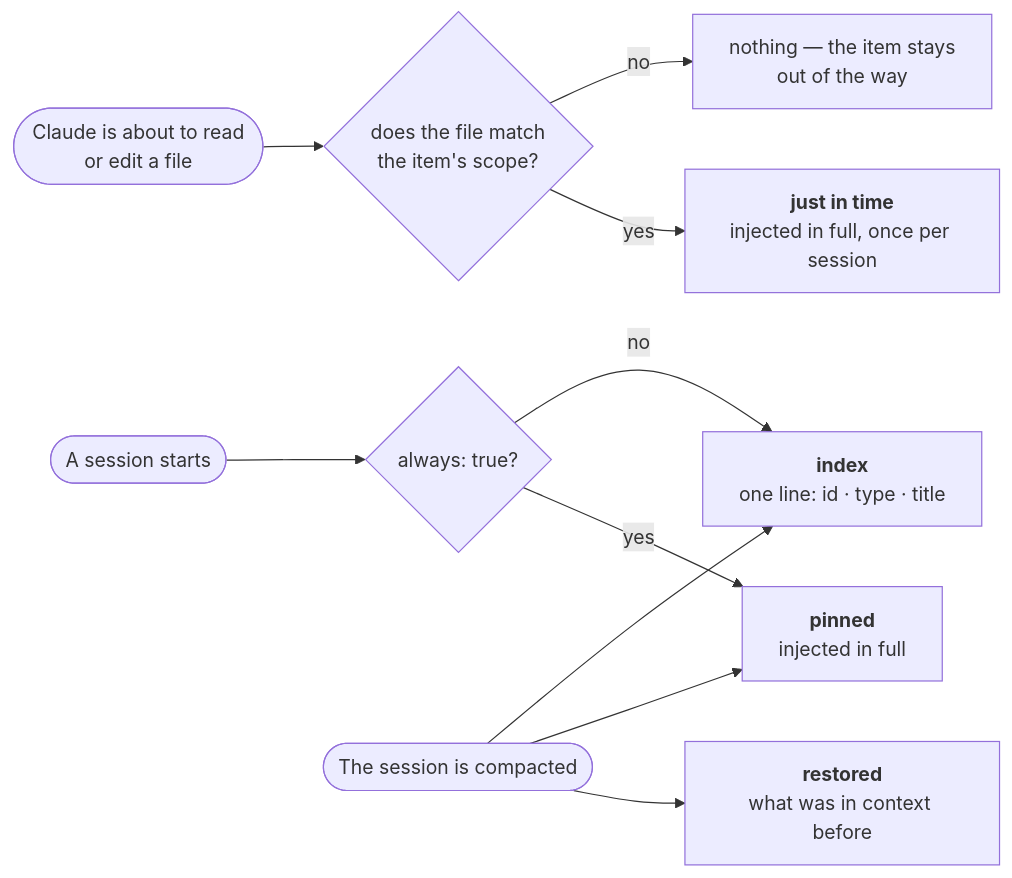
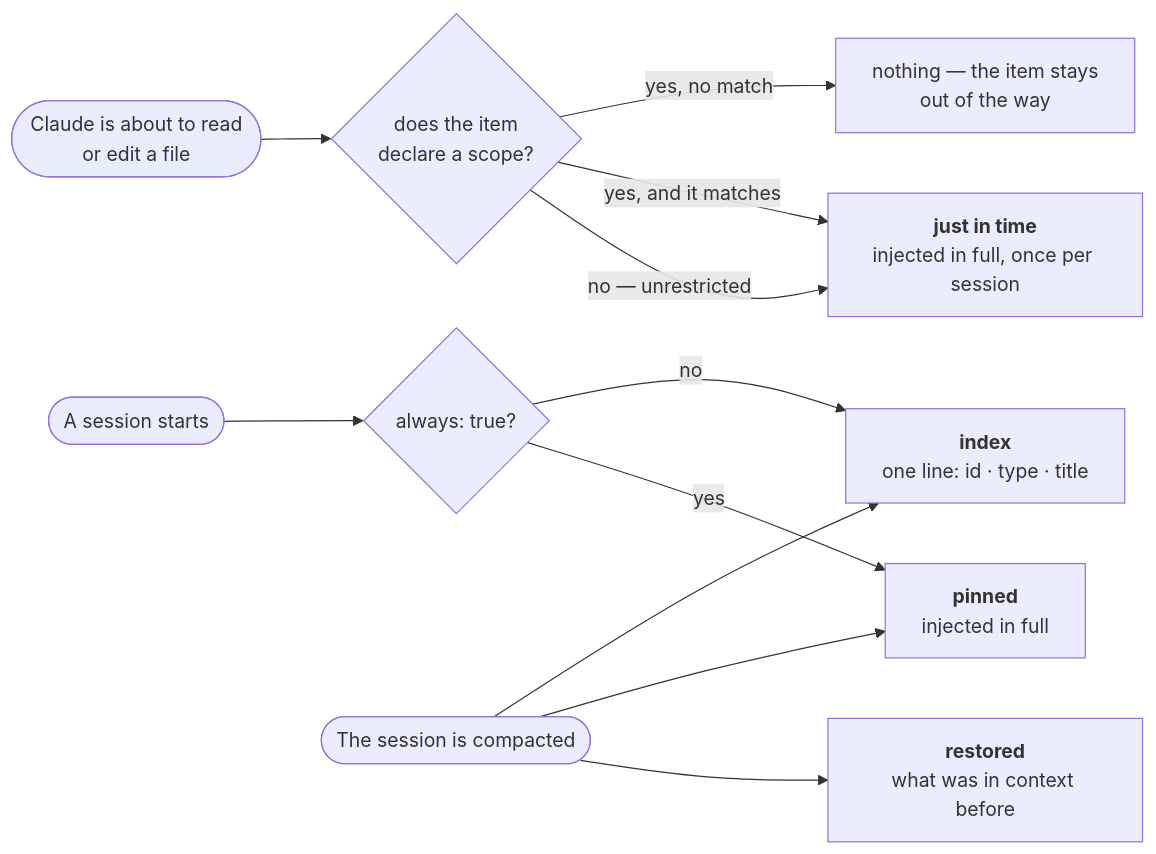
One commit to Dudi-Bar-On/my-context changed the third of 5 diagrams in README.md. Above: the diagram before and after it, drawn with Mermaid. The commit also changed other lines of this file and 42 other files, not shown here.

````diff
--- a/README.md
+++ b/README.md
@@ -359,12 +359,13 @@
 ```mermaid
 flowchart LR
   S(["A session starts"]) --> Q{"always: true?"}
   Q -->|yes| PIN["<b>pinned</b><br/>injected in full"]
   Q -->|no| IDX["<b>index</b><br/>one line: id · type · title"]
-  F(["Claude is about to read<br/>or edit a file"]) --> G{"does the file match<br/>the item's scope?"}
-  G -->|yes| JIT["<b>just in time</b><br/>injected in full, once per session"]
-  G -->|no| NO["nothing — the item stays<br/>out of the way"]
+  F(["Claude is about to read<br/>or edit a file"]) --> G{"does the item<br/>declare a scope?"}
+  G -->|"no — unrestricted"| JIT["<b>just in time</b><br/>injected in full, once per session"]
+  G -->|"yes, and it matches"| JIT
+  G -->|"yes, no match"| NO["nothing — the item stays<br/>out of the way"]
   C(["The session is compacted"]) --> RES["<b>restored</b><br/>what was in context before"]
   C --> PIN
   C --> IDX
 ```
````
